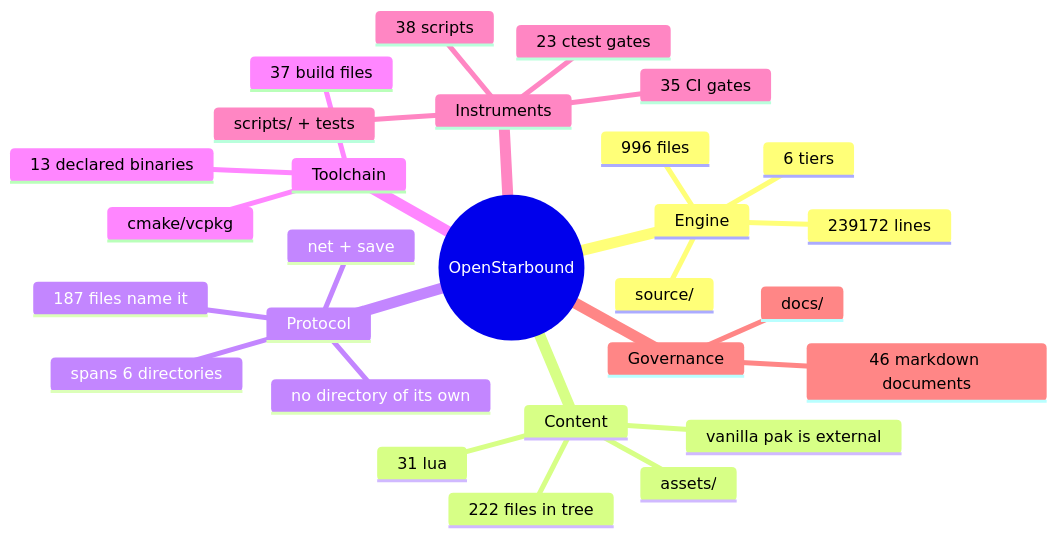
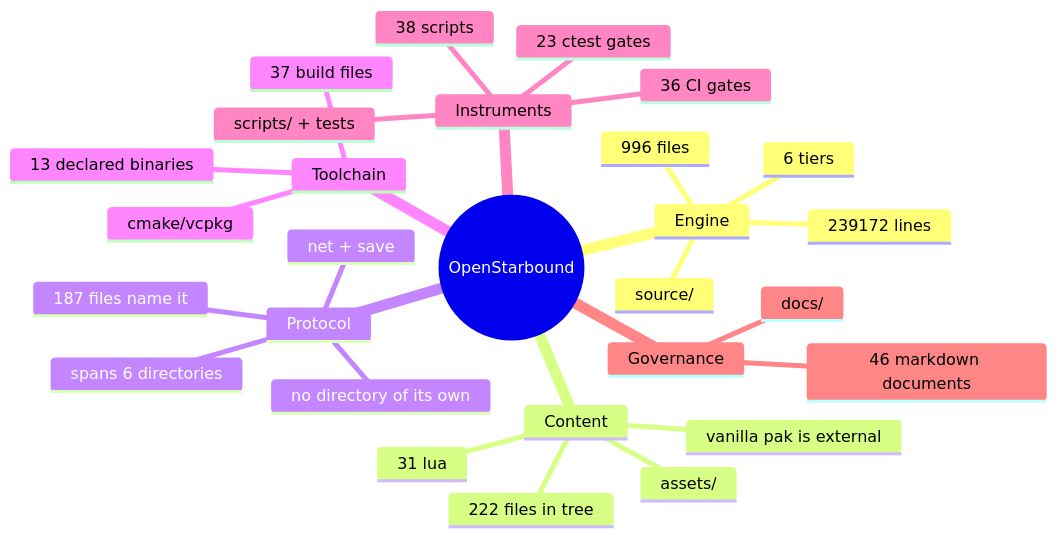
The second of 11 diagrams in docs/architecture/system-boundaries.md (apnex/OpenStarbound), drawn with Mermaid before and after one commit. The commit also changed 2 other files, not shown here.

````diff
--- a/docs/architecture/system-boundaries.md
+++ b/docs/architecture/system-boundaries.md
@@ -166,31 +166,31 @@
 ```mermaid
 mindmap
   root((OpenStarbound))
     Engine
       source/
       996 files
       239172 lines
       6 tiers
     Content
       assets/
       222 files in tree
       31 lua
       vanilla pak is external
     Protocol
       net + save
       187 files name it
       spans 6 directories
       no directory of its own
     Toolchain
       cmake/vcpkg
       37 build files
       13 declared binaries
     Instruments
       scripts/ + tests
       38 scripts
       23 ctest gates
-      35 CI gates
+      36 CI gates
     Governance
       docs/
       46 markdown documents
 ```
````
